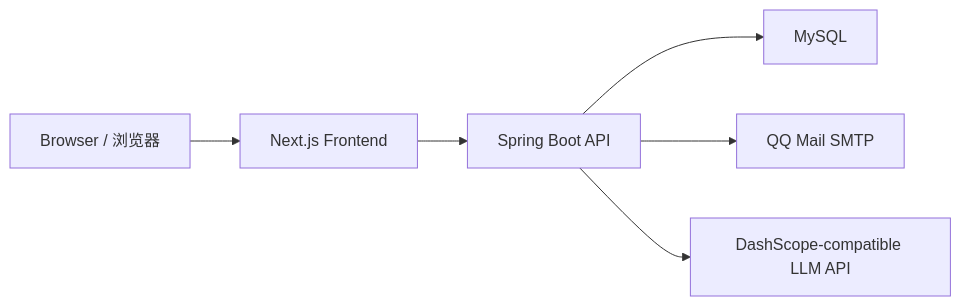
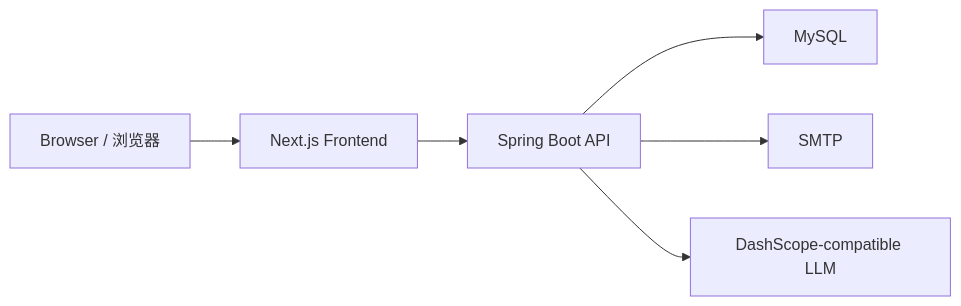
One commit to youthwing/CVresume changed the diagram in README.md. Above: the diagram before and after it, drawn with Mermaid. The commit also changed other lines of this file and 13 other files, not shown here.

````diff
--- a/README.md
+++ b/README.md
@@ -46,8 +26,8 @@
 ```mermaid
 flowchart LR
-    A["Browser / 浏览器"] --> B["Next.js Frontend"]
-    B --> C["Spring Boot API"]
-    C --> D["MySQL"]
-    C --> E["QQ Mail SMTP"]
-    C --> F["DashScope-compatible LLM API"]
+    browser["Browser / 浏览器"] --> frontend["Next.js Frontend"]
+    frontend --> backend["Spring Boot API"]
+    backend --> mysql["MySQL"]
+    backend --> mail["SMTP"]
+    backend --> llm["DashScope-compatible LLM"]
 ```
````
